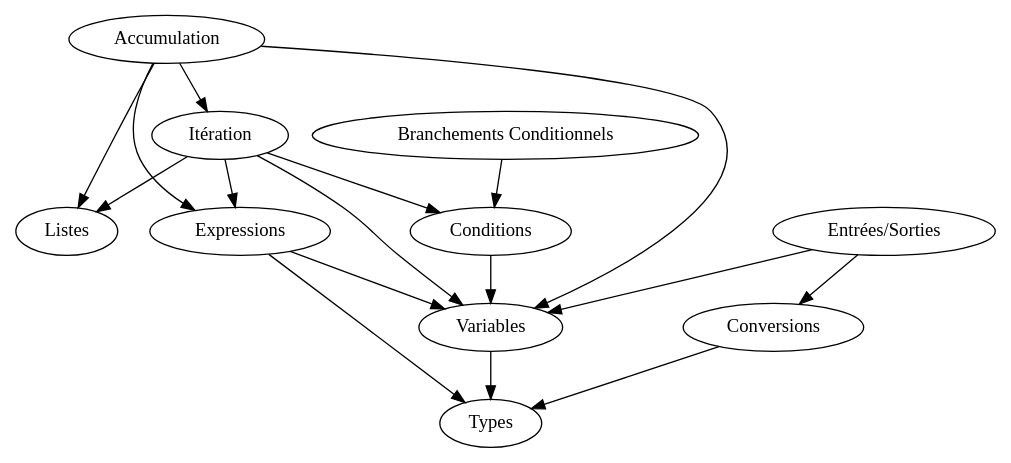
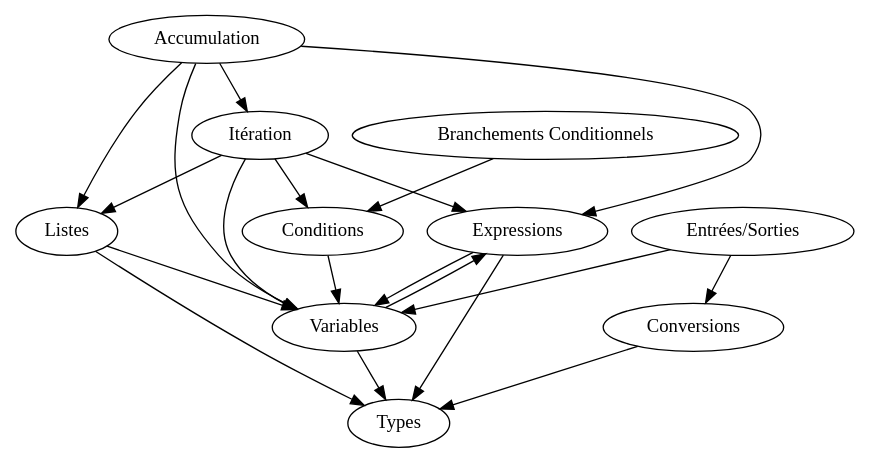
One commit to nwolff/cours-prog changed the diagram in prog-base-dependances.dot. Above: the diagram before and after it, drawn with Graphviz.

Commit message:
plus de details

```diff
--- a/prog-base-dependances.dot
+++ b/prog-base-dependances.dot
@@ -1,19 +1,21 @@
 digraph "Programmation" {
-    Listes;
+    Expressions -> Types;
     Variables -> Types;
-    Expressions -> Types;
+    Variables -> Expressions;
     Expressions -> Variables;
     Conditions -> Variables;
     "Entrées/Sorties" -> Variables;
     "Entrées/Sorties" -> Conversions;
     Conversions -> Types;
     "Branchements Conditionnels" -> Conditions;
     Itération -> Variables;
     Itération -> Conditions;
     Itération -> Expressions;
+    Listes -> Types;
+    Listes -> Variables;
     Itération -> Listes;
     Accumulation -> Itération;
     Accumulation -> Variables;
     Accumulation -> Expressions;
     Accumulation -> Listes;
 }
```
